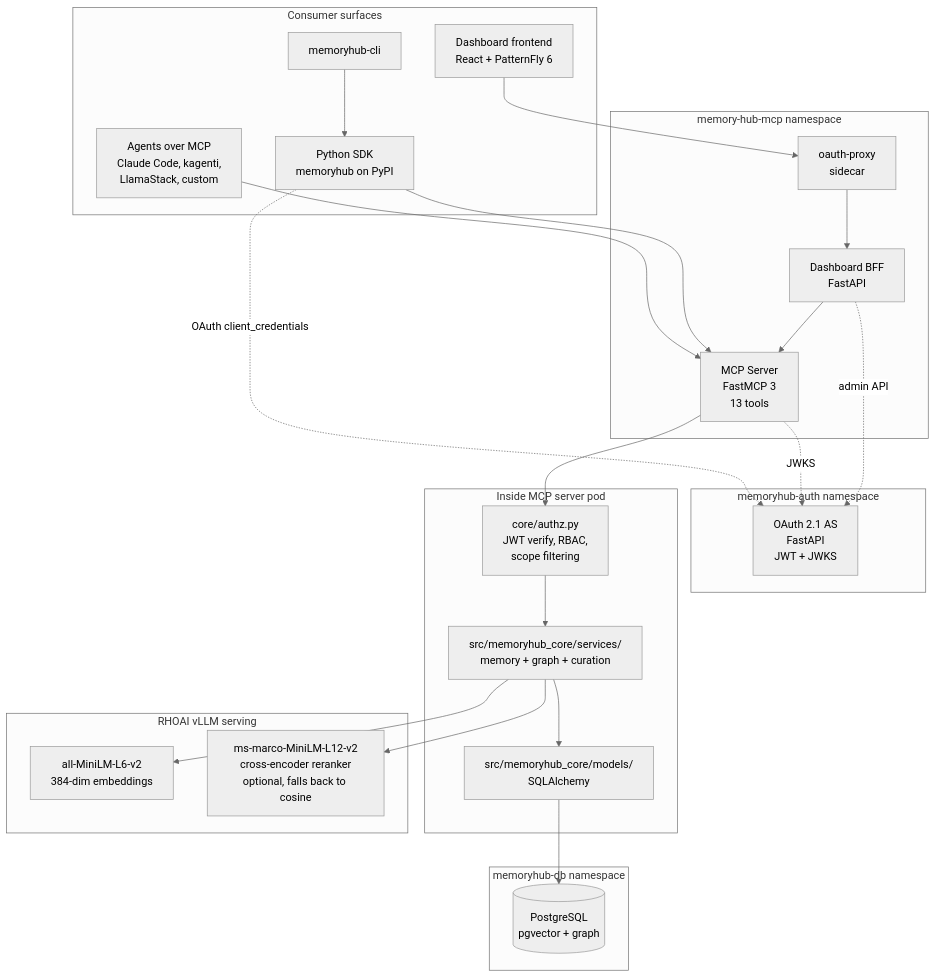
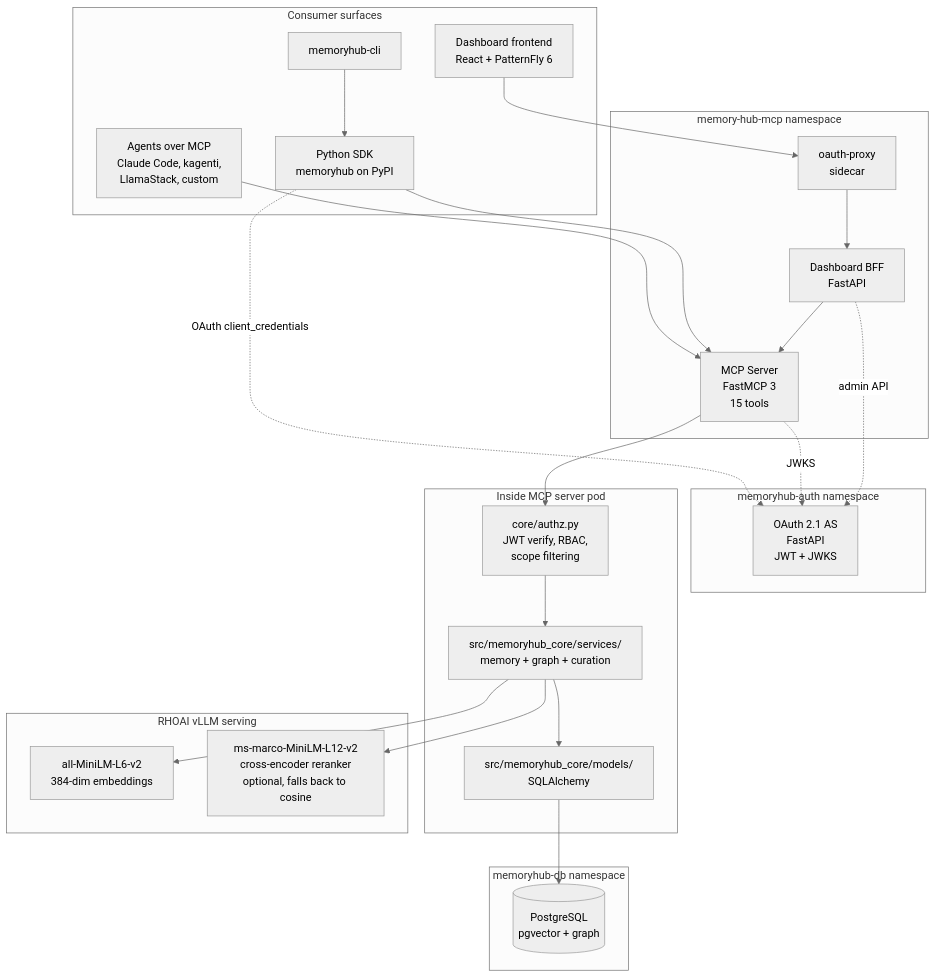
One commit to redhat-ai-americas/memory-hub changed the first of 4 diagrams in docs/ARCHITECTURE.md. Above: the diagram before and after it, drawn with Mermaid (neutral theme). The commit also changed 6 other files, not shown here.

````diff
--- a/docs/ARCHITECTURE.md
+++ b/docs/ARCHITECTURE.md
@@ -9,51 +9,51 @@
 ```mermaid
 graph TB
     subgraph "Consumer surfaces"
         AGENT[Agents over MCP<br/>Claude Code, kagenti,<br/>LlamaStack, custom]
         SDK[Python SDK<br/>memoryhub on PyPI]
         CLI[memoryhub-cli]
         UI_FE[Dashboard frontend<br/>React + PatternFly 6]
     end
 
     subgraph "memory-hub-mcp namespace"
-        MCP[MCP Server<br/>FastMCP 3<br/>13 tools]
+        MCP[MCP Server<br/>FastMCP 3<br/>15 tools]
         UI_BE[Dashboard BFF<br/>FastAPI]
         OAP[oauth-proxy<br/>sidecar]
     end
 
     subgraph "memoryhub-auth namespace"
         AUTH[OAuth 2.1 AS<br/>FastAPI<br/>JWT + JWKS]
     end
 
     subgraph "Inside MCP server pod"
         AUTHZ[core/authz.py<br/>JWT verify, RBAC,<br/>scope filtering]
         SVC[src/memoryhub_core/services/<br/>memory + graph + curation]
         MOD[src/memoryhub_core/models/<br/>SQLAlchemy]
     end
 
     subgraph "memoryhub-db namespace"
         PG[(PostgreSQL<br/>pgvector + graph)]
     end
 
     subgraph "RHOAI vLLM serving"
         EMB[all-MiniLM-L6-v2<br/>384-dim embeddings]
         RR[ms-marco-MiniLM-L12-v2<br/>cross-encoder reranker<br/>optional, falls back to cosine]
     end
 
     AGENT --> MCP
     SDK --> MCP
     CLI --> SDK
     UI_FE --> OAP --> UI_BE --> MCP
 
     SDK -. OAuth client_credentials .-> AUTH
     MCP -. JWKS .-> AUTH
     UI_BE -. admin API .-> AUTH
 
     MCP --> AUTHZ
     AUTHZ --> SVC
     SVC --> MOD
     MOD --> PG
 
     SVC --> EMB
     SVC --> RR
 ```
````
